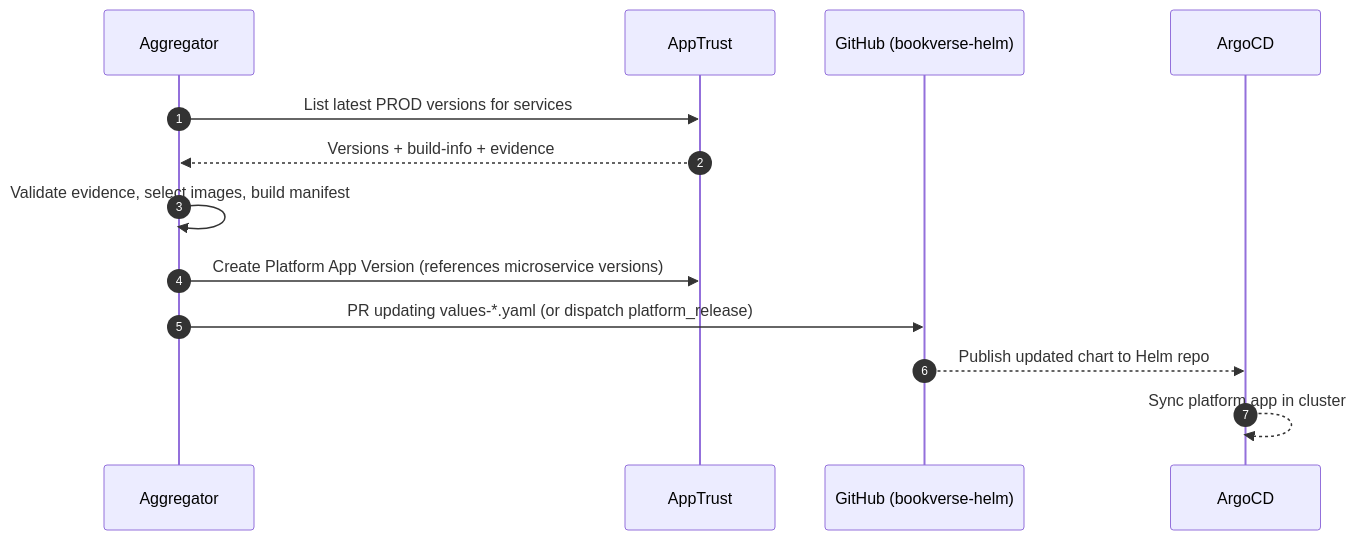
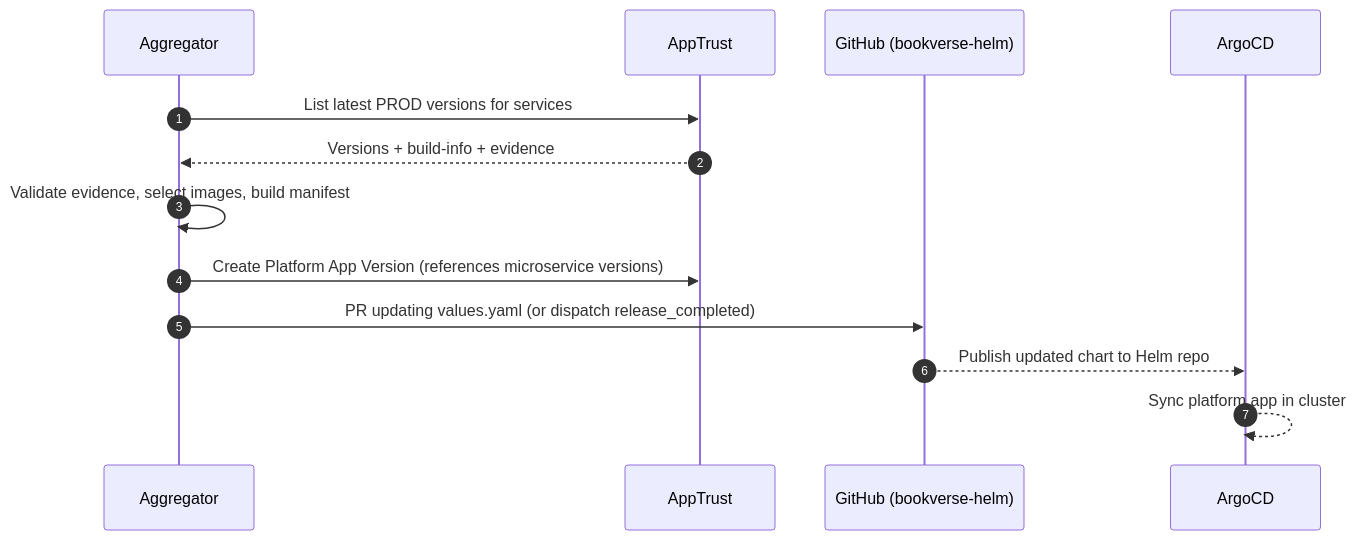
The diagram in PLAN_OF_ACTION.md (Rodi26/bookverse-platform), drawn with Mermaid before and after one commit. The commit also changed other lines of this file and 1 other file, not shown here.

Commit message:
docs(platform): webhook body uses release_completed with client_payload

````diff
--- a/PLAN_OF_ACTION.md
+++ b/PLAN_OF_ACTION.md
@@ -269,16 +269,16 @@
 ```mermaid
 sequenceDiagram
   autonumber
   participant A as Aggregator
   participant AT as AppTrust
   participant GH as GitHub (bookverse-helm)
   participant AR as ArgoCD
 
   A->>AT: List latest PROD versions for services
   AT-->>A: Versions + build-info + evidence
   A->>A: Validate evidence, select images, build manifest
   A->>AT: Create Platform App Version (references microservice versions)
-  A->>GH: PR updating values-*.yaml (or dispatch platform_release)
+  A->>GH: PR updating values.yaml (or dispatch release_completed)
   GH-->>AR: Publish updated chart to Helm repo
   AR-->>AR: Sync platform app in cluster
 ```
````
